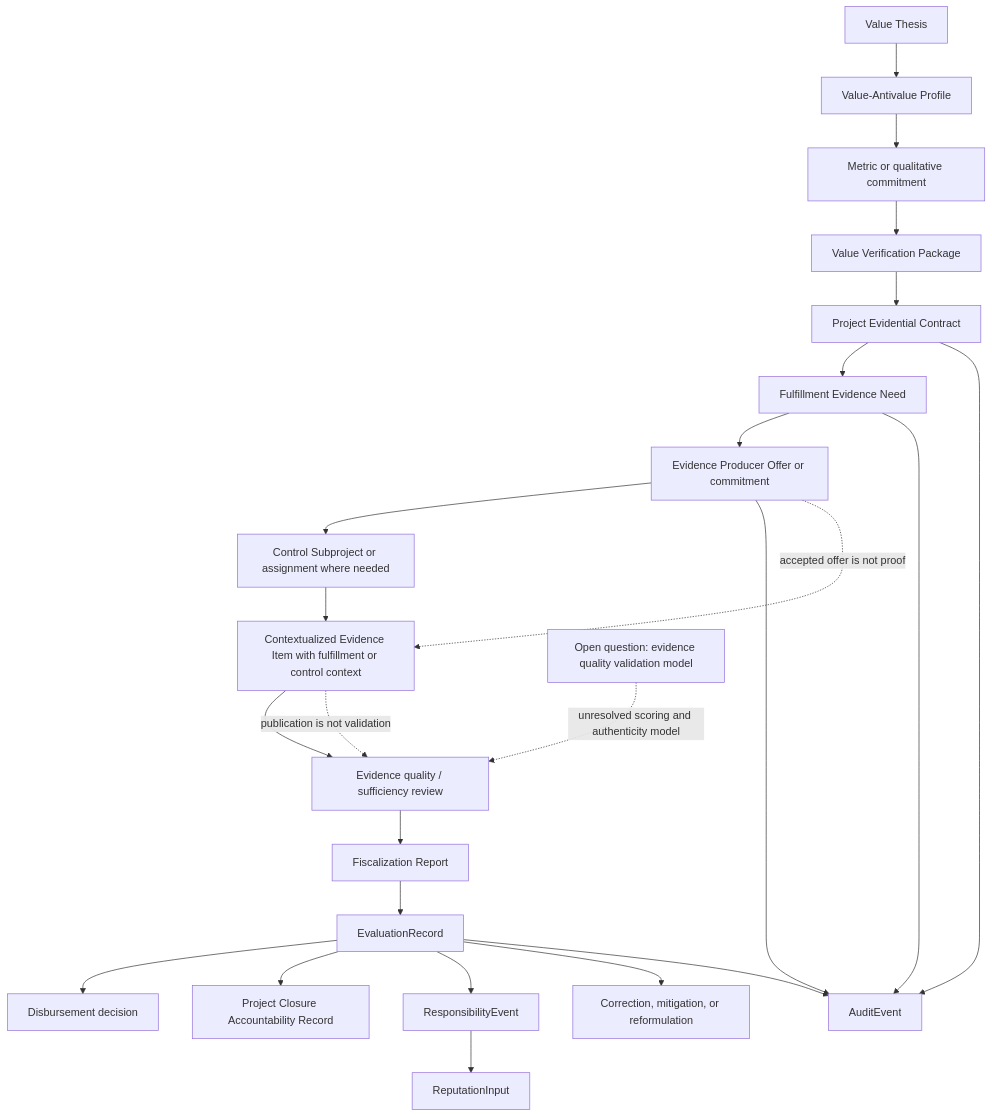
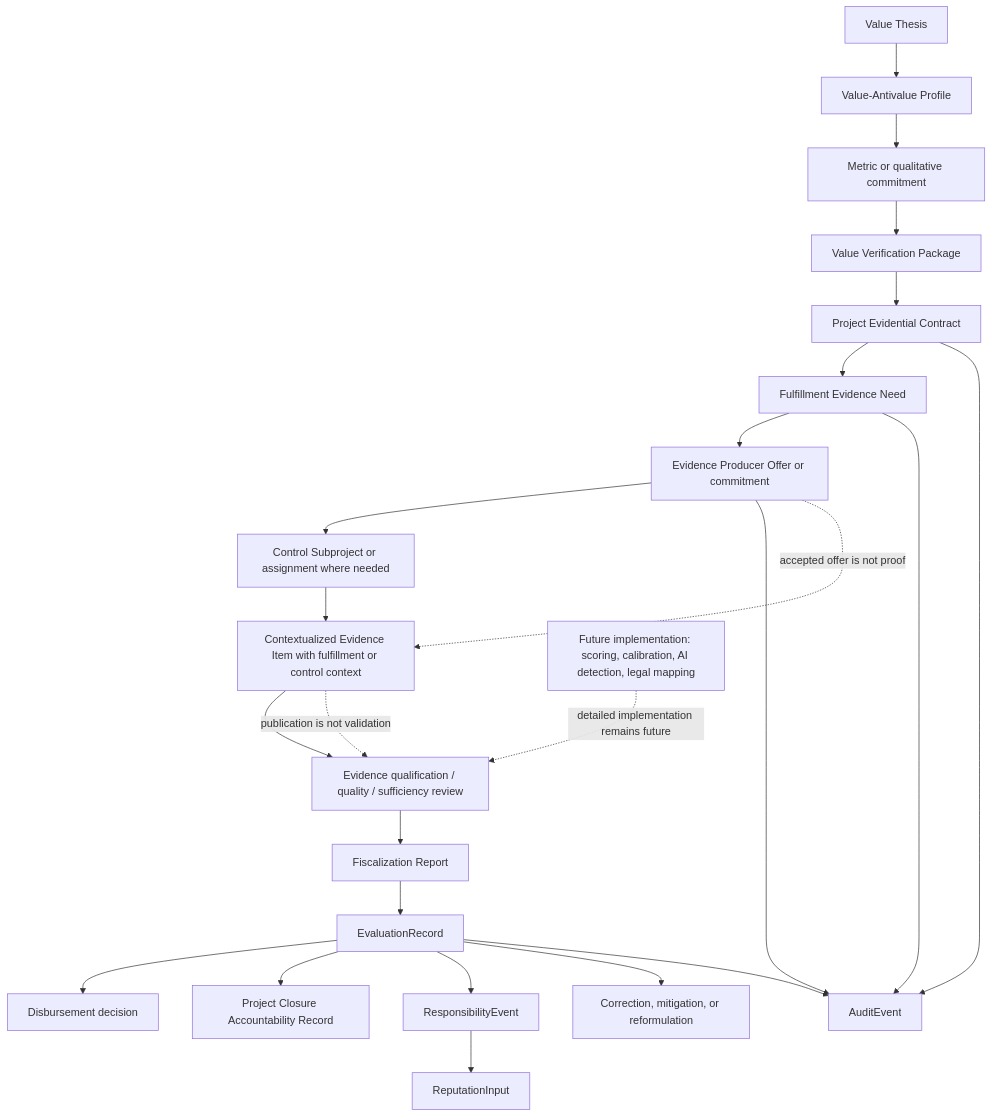
The third of 3 diagrams in docs/diagrams/v0-project-evidential-contract-state.md (moffermann/distributed-governance-research), drawn with Mermaid before and after one commit. The commit also changed other lines of this file and 35 other files, not shown here.

First line of the commit message:
Consolidate A013 evidence producer qualification

````diff
--- a/docs/diagrams/v0-project-evidential-contract-state.md
+++ b/docs/diagrams/v0-project-evidential-contract-state.md
@@ -133,47 +134,47 @@
 ```mermaid
 flowchart TD
     VT[Value Thesis]
     VAP[Value-Antivalue Profile]
     M[Metric or qualitative commitment]
     VVP[Value Verification Package]
     PEC[Project Evidential Contract]
     FEN[Fulfillment Evidence Need]
     EO[Evidence Producer Offer or commitment]
     CP[Control Subproject or assignment where needed]
     CEI[Contextualized Evidence Item with fulfillment or control context]
-    EQ[Evidence quality / sufficiency review]
+    EQ[Evidence qualification / quality / sufficiency review]
     FR[Fiscalization Report]
     ER[EvaluationRecord]
     DIS[Disbursement decision]
     CL[Project Closure Accountability Record]
     RE[ResponsibilityEvent]
     RI[ReputationInput]
     COR[Correction, mitigation, or reformulation]
-    OQ[Open question: evidence quality validation model]
+    OQ[Future implementation: scoring, calibration, AI detection, legal mapping]
     AUD[AuditEvent]
 
     VT --> VAP
     VAP --> M
     M --> VVP
     VVP --> PEC
     PEC --> FEN
     FEN --> EO
     EO --> CP
     CP --> CEI
     CEI --> EQ
     EQ --> FR
     FR --> ER
     ER --> DIS
     ER --> CL
     ER --> RE
     RE --> RI
     ER --> COR
     PEC --> AUD
     FEN --> AUD
     EO --> AUD
     ER --> AUD
 
-    OQ -. unresolved scoring and authenticity model .-> EQ
+    OQ -. detailed implementation remains future .-> EQ
     CEI -. publication is not validation .-> EQ
     EO -. accepted offer is not proof .-> CEI
 ```
````
